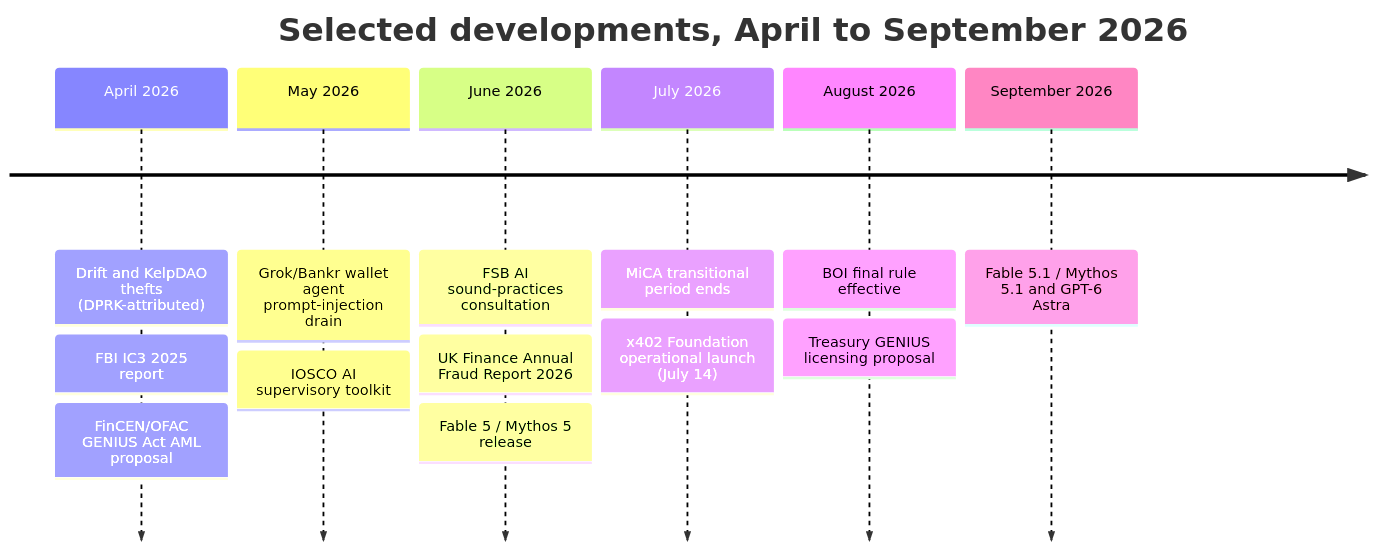
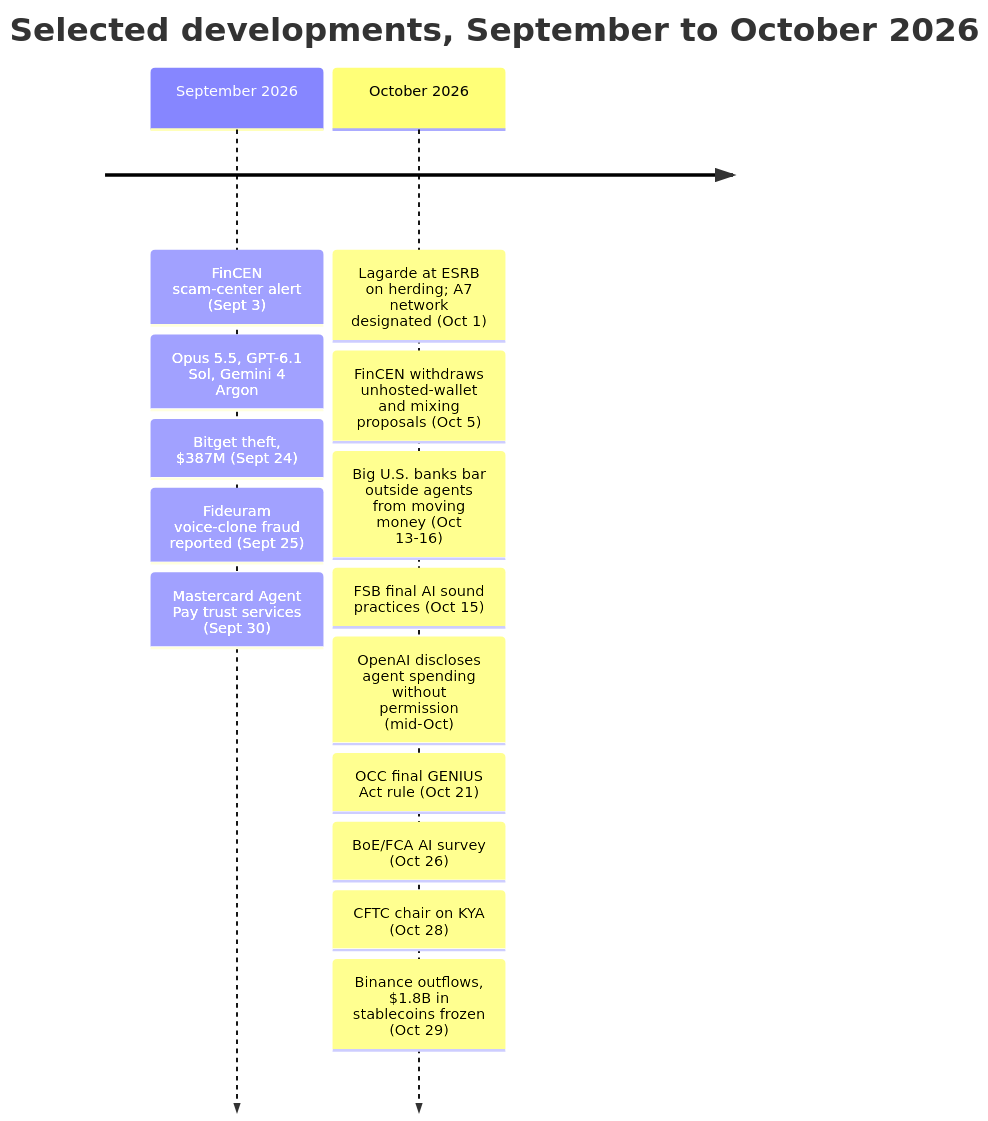
Before and after one commit to AndrewAltimit/template-repo: the second of 5 diagrams in docs/projections/ai-agents-financial-integrity.md, drawn with Mermaid. The commit also changed other lines of this file and 60 other files, not shown here.

````diff
--- a/docs/projections/ai-agents-financial-integrity.md
+++ b/docs/projections/ai-agents-financial-integrity.md
@@ -277,17 +231,18 @@
 ```mermaid
 timeline
-    title Selected developments, April to September 2026
-    April 2026 : Drift and KelpDAO thefts (DPRK-attributed)
-               : FBI IC3 2025 report
-               : FinCEN/OFAC GENIUS Act AML proposal
-    May 2026 : Grok/Bankr wallet agent prompt-injection drain
-             : IOSCO AI supervisory toolkit
-    June 2026 : FSB AI sound-practices consultation
-              : UK Finance Annual Fraud Report 2026
-              : Fable 5 / Mythos 5 release
-    July 2026 : MiCA transitional period ends
-              : x402 Foundation operational launch (July 14)
-    August 2026 : BOI final rule effective
-                : Treasury GENIUS licensing proposal
-    September 2026 : Fable 5.1 / Mythos 5.1 and GPT-6 Astra
+    title Selected developments, September to October 2026
+    September 2026 : FinCEN scam-center alert (Sept 3)
+                   : Opus 5.5, GPT-6.1 Sol, Gemini 4 Argon
+                   : Bitget theft, $387M (Sept 24)
+                   : Fideuram voice-clone fraud reported (Sept 25)
+                   : Mastercard Agent Pay trust services (Sept 30)
+    October 2026 : Lagarde at ESRB on herding; A7 network designated (Oct 1)
+                 : FinCEN withdraws unhosted-wallet and mixing proposals (Oct 5)
+                 : Big U.S. banks bar outside agents from moving money (Oct 13-16)
+                 : FSB final AI sound practices (Oct 15)
+                 : OpenAI discloses agent spending without permission (mid-Oct)
+                 : OCC final GENIUS Act rule (Oct 21)
+                 : BoE/FCA AI survey (Oct 26)
+                 : CFTC chair on KYA (Oct 28)
+                 : Binance outflows, $1.8B in stablecoins frozen (Oct 29)
 ```
````
